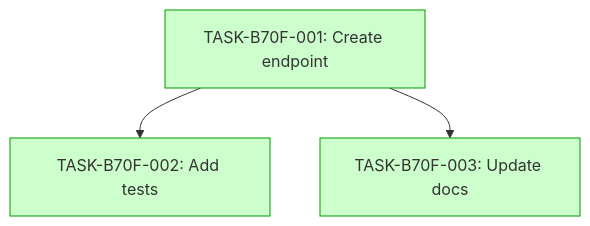
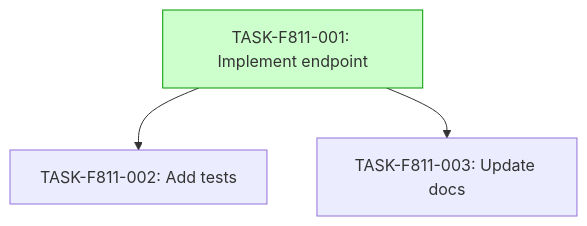
The second of 2 diagrams in tasks/backlog/version-endpoint/IMPLEMENTATION-GUIDE.md (guardkit/api_test), drawn with Mermaid before and after one commit. The commit also changed other lines of this file and 5 other files, not shown here.

````diff
--- a/tasks/backlog/version-endpoint/IMPLEMENTATION-GUIDE.md
+++ b/tasks/backlog/version-endpoint/IMPLEMENTATION-GUIDE.md
@@ -26,9 +32,7 @@
 ```mermaid
 graph TD
-    T1[TASK-B70F-001: Create endpoint] --> T2[TASK-B70F-002: Add tests]
-    T1 --> T3[TASK-B70F-003: Update docs]
+    T1[TASK-F811-001: Implement endpoint] --> T2[TASK-F811-002: Add tests]
+    T1 --> T3[TASK-F811-003: Update docs]
 
     style T1 fill:#cfc,stroke:#090
-    style T2 fill:#cfc,stroke:#090
-    style T3 fill:#cfc,stroke:#090
 ```
````
